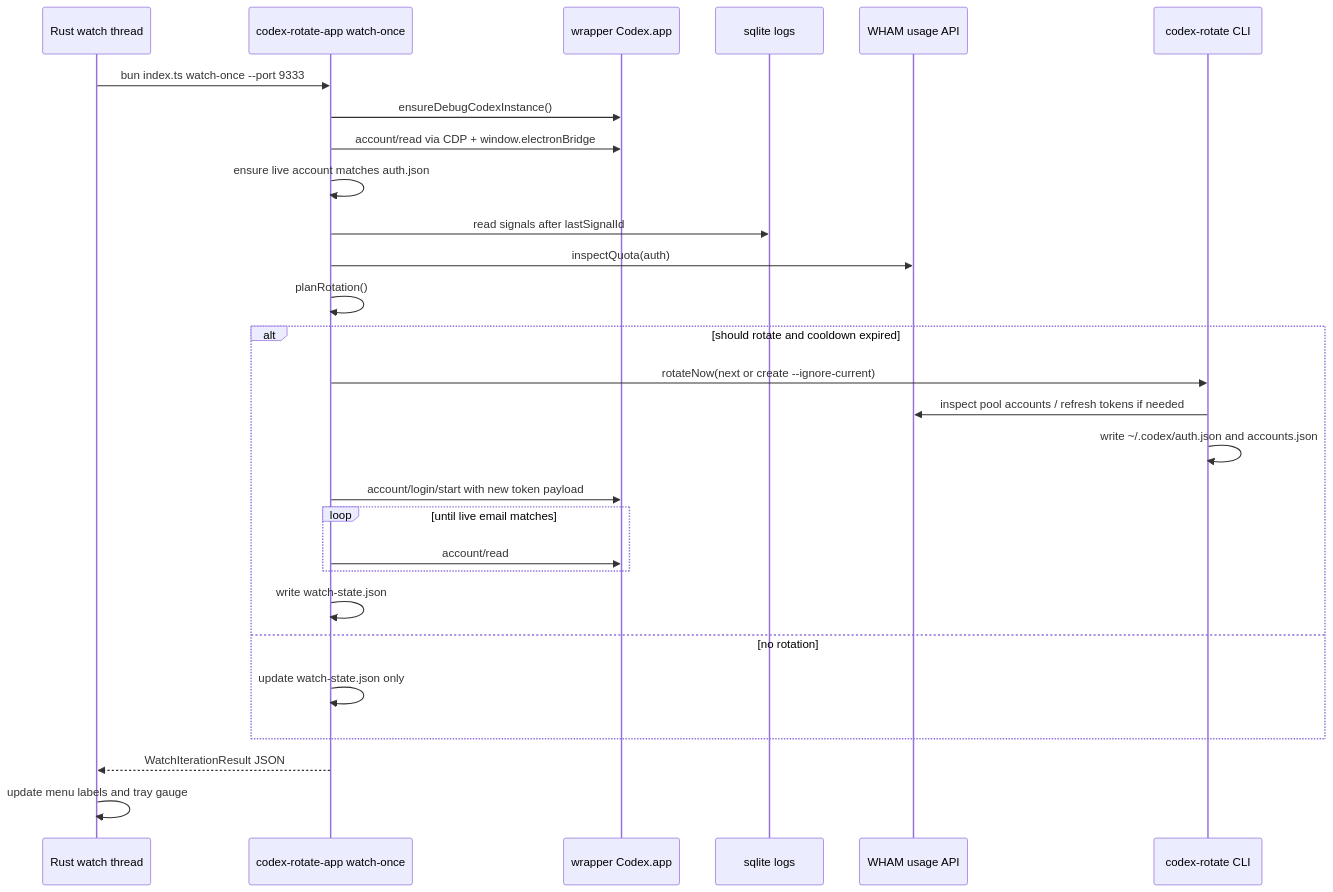
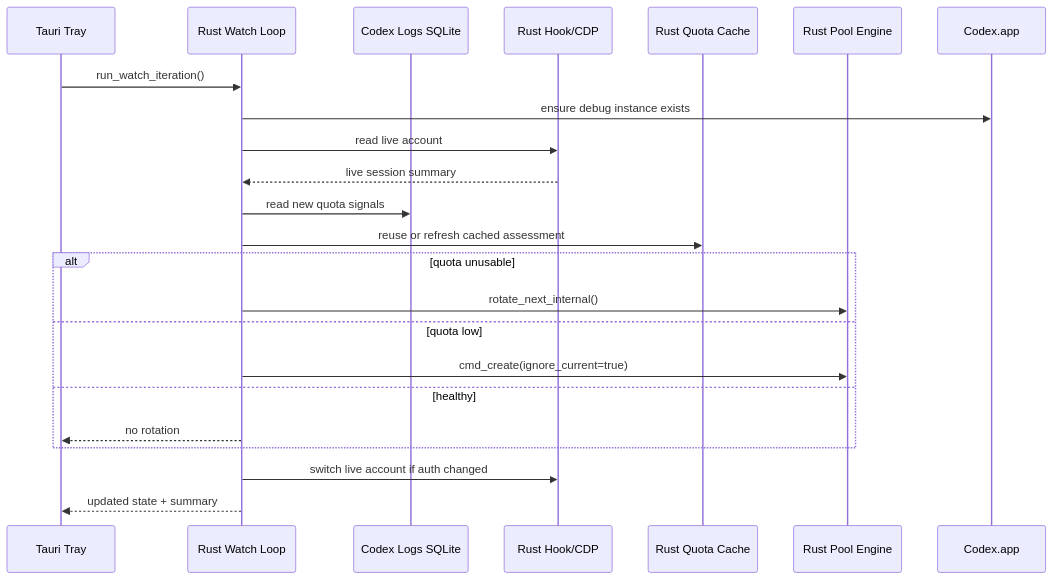
One commit to omar391/ai-tools changed the third of 5 diagrams in packages/codex-rotate-app/architecture.md. Above: the diagram before and after it, drawn with Mermaid. The commit also changed other lines of this file and 38 other files, not shown here.

Commit message:
refactor(codex-rotate): split tray runtime from shared core

````diff
--- a/packages/codex-rotate-app/architecture.md
+++ b/packages/codex-rotate-app/architecture.md
@@ -211,31 +103,26 @@
 ```mermaid
 sequenceDiagram
-  participant Tray as Rust watch thread
-  participant Bun as codex-rotate-app watch-once
-  participant Codex as wrapper Codex.app
-  participant Logs as sqlite logs
-  participant Usage as WHAM usage API
-  participant Engine as codex-rotate CLI
+  participant Tray as Tauri Tray
+  participant Watch as Rust Watch Loop
+  participant Logs as Codex Logs SQLite
+  participant Hook as Rust Hook/CDP
+  participant Quota as Rust Quota Cache
+  participant Pool as Rust Pool Engine
+  participant Codex as Codex.app
 
-  Tray->>Bun: bun index.ts watch-once --port 9333
-  Bun->>Codex: ensureDebugCodexInstance()
-  Bun->>Codex: account/read via CDP + window.electronBridge
-  Bun->>Bun: ensure live account matches auth.json
-  Bun->>Logs: read signals after lastSignalId
-  Bun->>Usage: inspectQuota(auth)
-  Bun->>Bun: planRotation()
-  alt should rotate and cooldown expired
-    Bun->>Engine: rotateNow(next or create --ignore-current)
-    Engine->>Usage: inspect pool accounts / refresh tokens if needed
-    Engine->>Engine: write ~/.codex/auth.json and accounts.json
-    Bun->>Codex: account/login/start with new token payload
-    loop until live email matches
-      Bun->>Codex: account/read
-    end
-    Bun->>Bun: write watch-state.json
-  else no rotation
-    Bun->>Bun: update watch-state.json only
+  Tray->>Watch: run_watch_iteration()
+  Watch->>Codex: ensure debug instance exists
+  Watch->>Hook: read live account
+  Hook-->>Watch: live session summary
+  Watch->>Logs: read new quota signals
+  Watch->>Quota: reuse or refresh cached assessment
+  alt quota unusable
+    Watch->>Pool: rotate_next_internal()
+  else quota low
+    Watch->>Pool: cmd_create(ignore_current=true)
+  else healthy
+    Watch-->>Tray: no rotation
   end
-  Bun-->>Tray: WatchIterationResult JSON
-  Tray->>Tray: update menu labels and tray gauge
+  Watch->>Hook: switch live account if auth changed
+  Watch-->>Tray: updated state + summary
 ```
````
